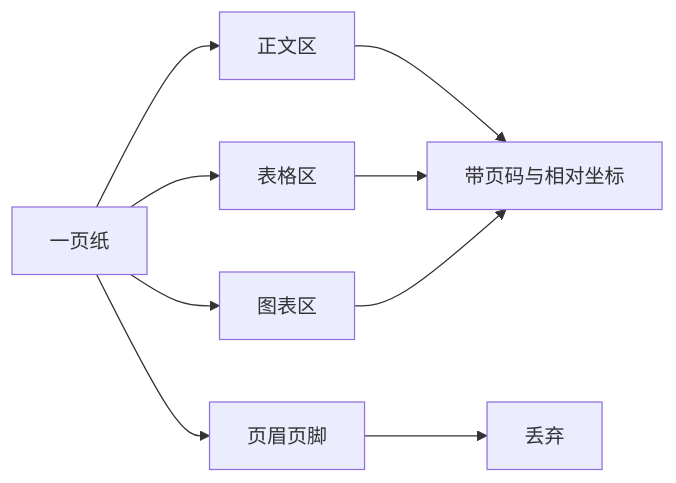
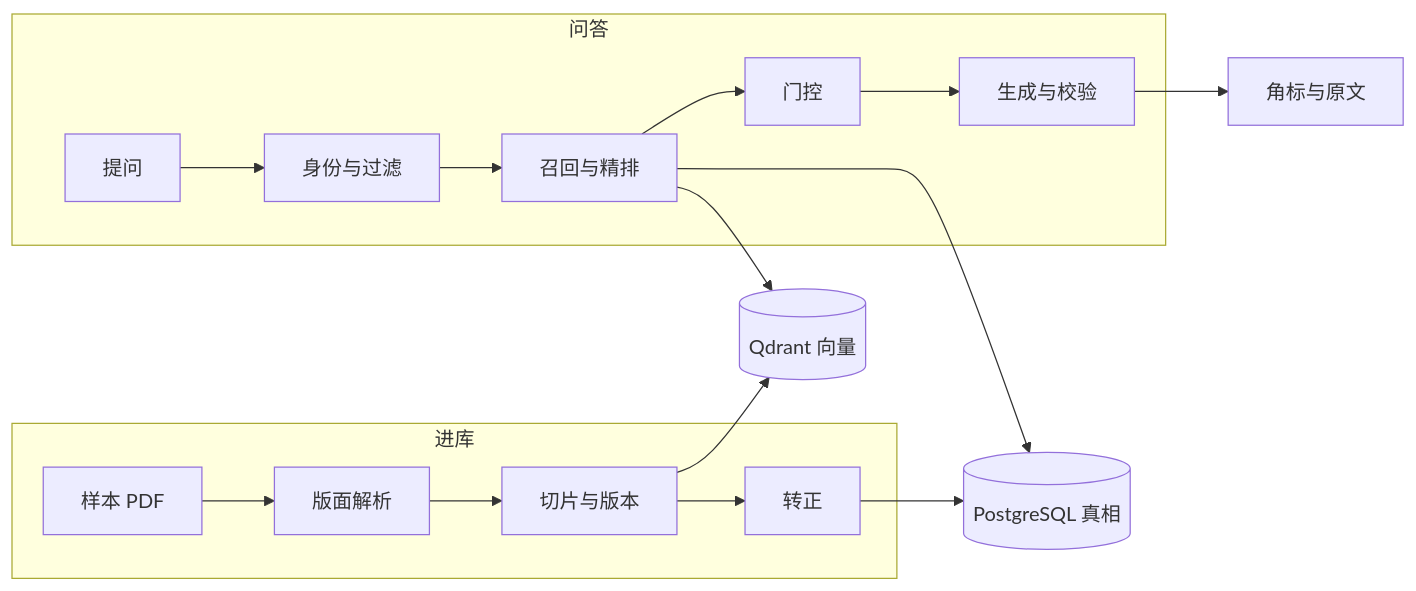
The first of 15 diagrams in 详细设计.md (kvchen95/ai-rag), drawn with Mermaid before and after one commit. The commit also changed other lines of this file, not shown here.

Commit message:
docs: 重写详细设计文档，按架构图集与概要设计细化

````diff
--- a/详细设计.md
+++ b/详细设计.md
@@ -188,11 +17,14 @@
 ```mermaid
 flowchart LR
-    P["一页纸"] --> T["正文区"]
-    P --> B2["表格区"]
-    P --> F["图表区"]
-    P --> H["页眉页脚"]
-    T --> R["带页码与相对坐标"]
-    B2 --> R
-    F --> R
-    H --> X["丢弃"]
+    subgraph 进库
+        A1["样本 PDF"] --> A2["版面解析"] --> A3["切片与版本"] --> A4["转正"]
+    end
+    subgraph 问答
+        B1["提问"] --> B2["身份与过滤"] --> B3["召回与精排"] --> B4["门控"] --> B5["生成与校验"]
+    end
+    A4 --> DB[("PostgreSQL 真相")]
+    A3 --> VEC[("Qdrant 向量")]
+    B3 --> VEC
+    B3 --> DB
+    B5 --> B6["角标与原文"]
 ```
````
